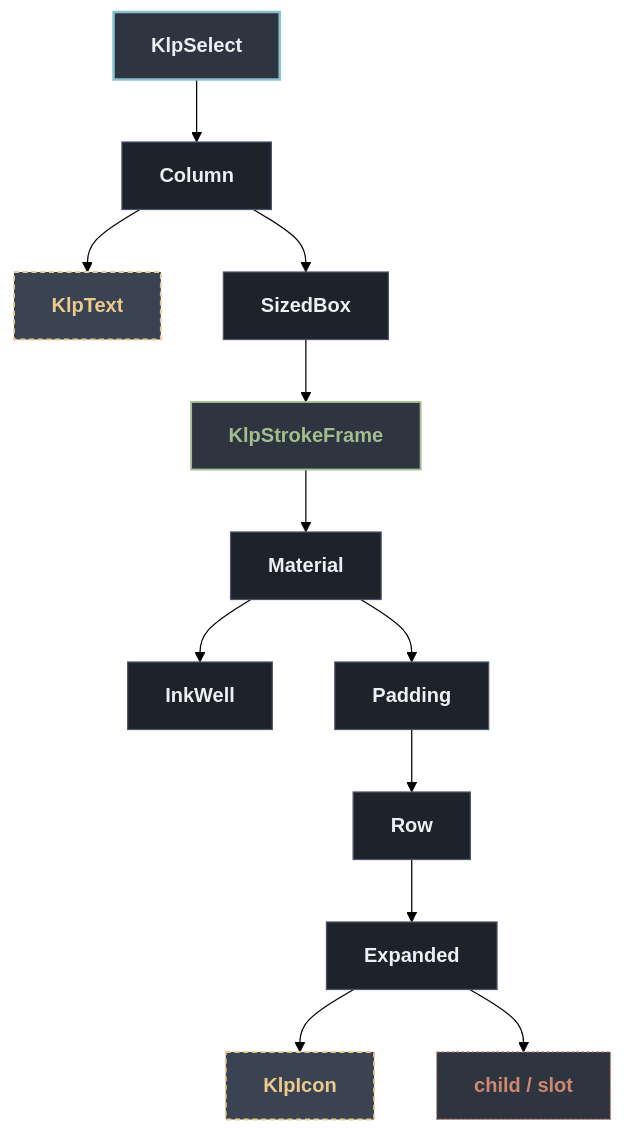
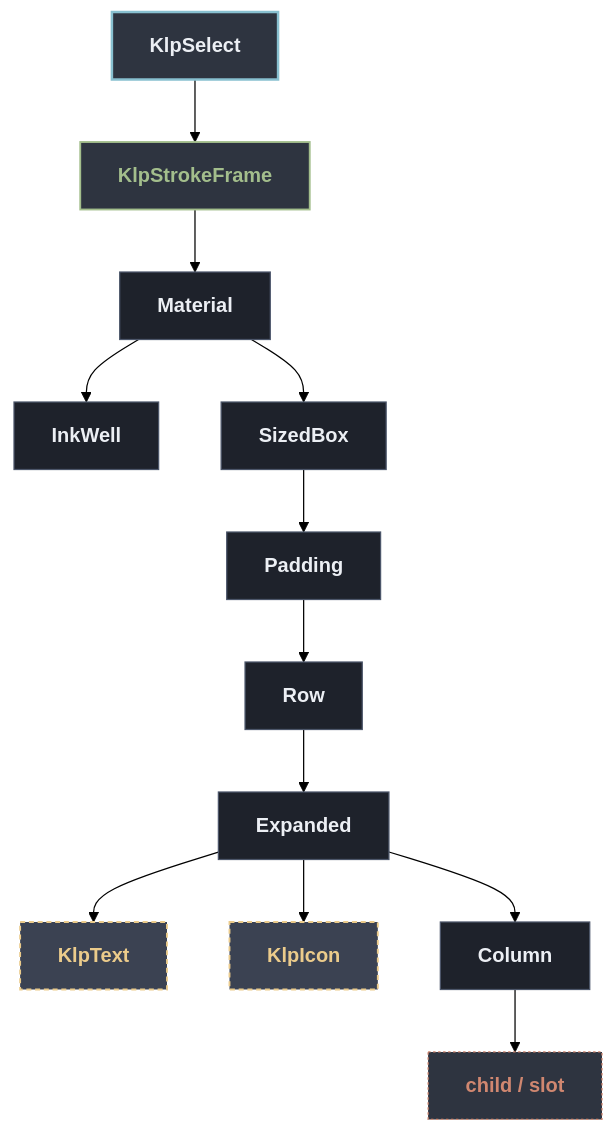
Before and after one commit to MiuDog/Kallopis: the diagram in docs/architecture/components/controls/klp_select.md, drawn with Mermaid (forest theme). The commit also changed other lines of this file and 123 other files, not shown here.

First line of the commit message:
docs(architecture): regenerate per-component trees, unbreak the generator

````diff
--- a/docs/architecture/components/controls/klp_select.md
+++ b/docs/architecture/components/controls/klp_select.md
@@ -13,32 +13,32 @@
 ```mermaid
 flowchart TD
   classDef default fill:#1E222B,stroke:#4C566A,stroke-width:1px,color:#ECEFF4;
   classDef root fill:#2E3440,stroke:#88C0D0,stroke-width:2px,color:#ECEFF4,font-weight:bold;
   classDef reference fill:#3B4252,stroke:#EBCB8B,stroke-width:1.5px,stroke-dasharray: 4 3,color:#EBCB8B;
   classDef container fill:#2E3440,stroke:#A3BE8C,stroke-width:1.5px,color:#A3BE8C;
   classDef slot fill:#2E3440,stroke:#D08770,stroke-width:1px,stroke-dasharray: 2 2,color:#D08770;
 
   root["KlpSelect"]:::root
-  n1["Column"]
+  n1["KlpStrokeFrame"]:::container
   root --> n1
-  n2["KlpText"]:::reference
+  n2["Material"]
   n1 --> n2
-  n3["SizedBox"]
-  n1 --> n3
-  n4["KlpStrokeFrame"]:::container
-  n3 --> n4
-  n5["Material"]
+  n3["InkWell"]
+  n2 --> n3
+  n4["SizedBox"]
+  n2 --> n4
+  n5["Padding"]
   n4 --> n5
-  n6["InkWell"]
+  n6["Row"]
   n5 --> n6
-  n7["Padding"]
-  n5 --> n7
-  n8["Row"]
+  n7["Expanded"]
+  n6 --> n7
+  n8["KlpText"]:::reference
   n7 --> n8
-  n9["Expanded"]
-  n8 --> n9
-  n10["KlpIcon"]:::reference
-  n9 --> n10
+  n9["KlpIcon"]:::reference
+  n7 --> n9
+  n10["Column"]
+  n7 --> n10
   n11["child / slot"]:::slot
-  n9 --> n11
+  n10 --> n11
 ```
````
